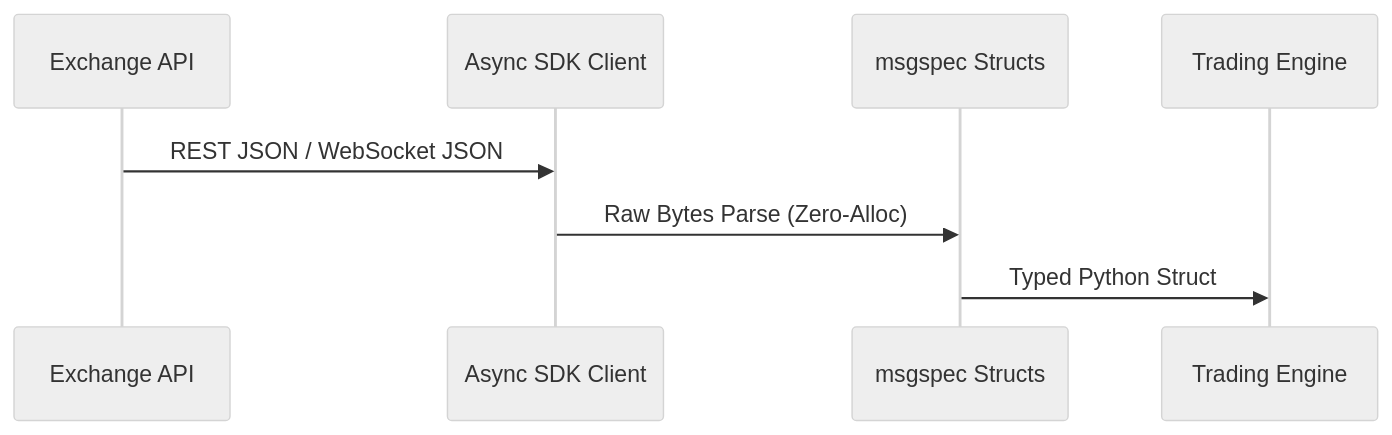
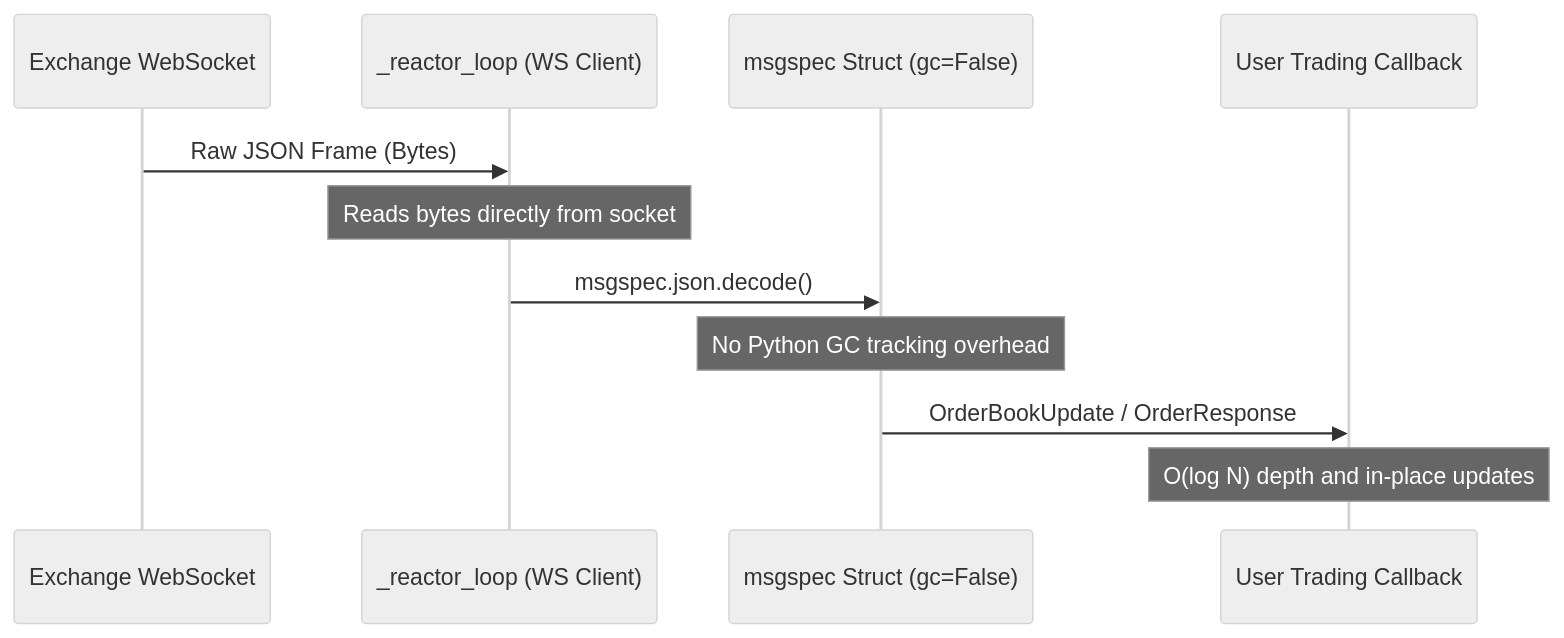
The second of 2 diagrams in README.md (mrnicholasbcarter-code/prediction-market-sdk), drawn with Mermaid (neutral theme) before and after one commit. The commit also changed other lines of this file, not shown here.

````diff
--- a/README.md
+++ b/README.md
@@ -12,11 +46,14 @@
 ```mermaid
 sequenceDiagram
-    participant Exchange as Exchange API
-    participant Client as Async SDK Client
-    participant MsgSpec as msgspec Structs
-    participant Engine as Trading Engine
+    participant Exchange as Exchange WebSocket
+    participant Reactor as _reactor_loop (WS Client)
+    participant Model as msgspec Struct (gc=False)
+    participant Engine as User Trading Callback
 
-    Exchange->>Client: REST JSON / WebSocket JSON
-    Client->>MsgSpec: Raw Bytes Parse (Zero-Alloc)
-    MsgSpec->>Engine: Typed Python Struct
+    Exchange->>Reactor: Raw JSON Frame (Bytes)
+    Note over Reactor: Reads bytes directly from socket
+    Reactor->>Model: msgspec.json.decode()
+    Note over Model: No Python GC tracking overhead
+    Model->>Engine: OrderBookUpdate / OrderResponse
+    Note over Engine: O(log N) depth and in-place updates
 ```
````
